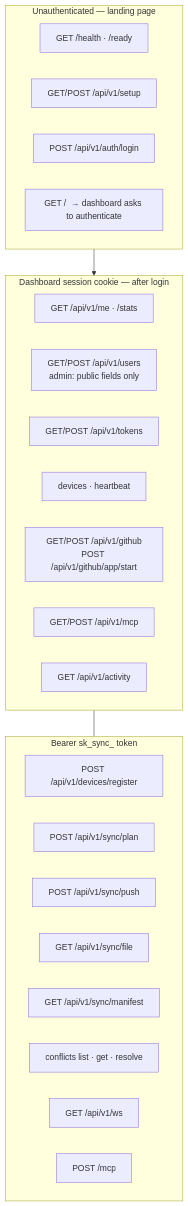
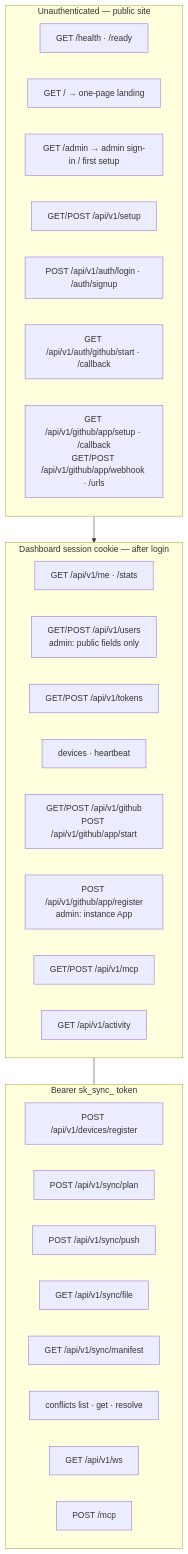
The third of 13 diagrams in docs/architecture.md (shangeethsivan/Syncidian), drawn with Mermaid before and after one commit. The commit also changed other lines of this file and 17 other files, not shown here.

First line of the commit message:
Add a public landing page and GitHub sign-in at /admin App URLs

````diff
--- a/docs/architecture.md
+++ b/docs/architecture.md
@@ -84,33 +84,37 @@
 ```mermaid
 flowchart TB
-  subgraph public [Unauthenticated — landing page]
+  subgraph public [Unauthenticated — public site]
     H["GET /health · /ready"]
+    UI["GET /  → one-page landing"]
+    AdminUI["GET /admin → admin sign-in / first setup"]
     S1["GET/POST /api/v1/setup"]
-    L["POST /api/v1/auth/login"]
-    UI["GET /  → dashboard asks to authenticate"]
+    L["POST /api/v1/auth/login · /auth/signup"]
+    GHO["GET /api/v1/auth/github/start · /callback"]
+    AppPub["GET /api/v1/github/app/setup · /callback<br/>GET/POST /api/v1/github/app/webhook · /urls"]
   end
 
   subgraph session [Dashboard session cookie — after login]
     Me["GET /api/v1/me · /stats"]
     Users["GET/POST /api/v1/users<br/>admin: public fields only"]
     Tokens["GET/POST /api/v1/tokens"]
     Dev["devices · heartbeat"]
     GH["GET/POST /api/v1/github<br/>POST /api/v1/github/app/start"]
+    AppAdm["POST /api/v1/github/app/register<br/>admin: instance App"]
     MCPCfg["GET/POST /api/v1/mcp"]
     Act["GET /api/v1/activity"]
   end
 
   subgraph plugin [Bearer sk_sync_ token]
     Reg["POST /api/v1/devices/register"]
     Plan["POST /api/v1/sync/plan"]
     Push["POST /api/v1/sync/push"]
     File["GET /api/v1/sync/file"]
     Man["GET /api/v1/sync/manifest"]
     Conf["conflicts list · get · resolve"]
     Sock["GET /api/v1/ws"]
     MCP["POST /mcp"]
   end
 
   public --> session
   session --- plugin
 ```
````
